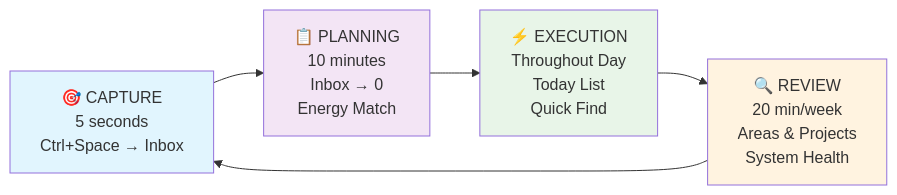
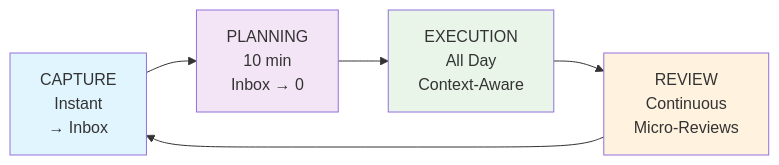
One commit to realYushi/my-gtd-buddy changed the second of 3 diagrams in README.md. Above: the diagram before and after it, drawn with Mermaid. The commit also changed other lines of this file and 16 other files, not shown here.

First line of the commit message:
Migrate from opencode to Claude Code skill architecture

````diff
--- a/README.md
+++ b/README.md
@@ -116,22 +102,22 @@
 ```mermaid
 graph LR
-    CAPTURE[🎯 CAPTURE<br/>5 seconds<br/>Ctrl+Space → Inbox]
-    PLANNING[📋 PLANNING<br/>10 minutes<br/>Inbox → 0<br/>Energy Match]
-    EXECUTION[⚡ EXECUTION<br/>Throughout Day<br/>Today List<br/>Quick Find]
-    REVIEW[🔍 REVIEW<br/>20 min/week<br/>Areas & Projects<br/>System Health]
+    CAPTURE[CAPTURE<br/>Instant<br/>→ Inbox]
+    PLANNING[PLANNING<br/>10 min<br/>Inbox → 0]
+    EXECUTION[EXECUTION<br/>All Day<br/>Context-Aware]
+    REVIEW[REVIEW<br/>Continuous<br/>Micro-Reviews]
 
     CAPTURE --> PLANNING
     PLANNING --> EXECUTION
     EXECUTION --> REVIEW
     REVIEW --> CAPTURE
 
     classDef capture fill:#e1f5fe
     classDef planning fill:#f3e5f5
     classDef execution fill:#e8f5e8
     classDef review fill:#fff3e0
 
     class CAPTURE capture
     class PLANNING planning
     class EXECUTION execution
     class REVIEW review
 ```
````
